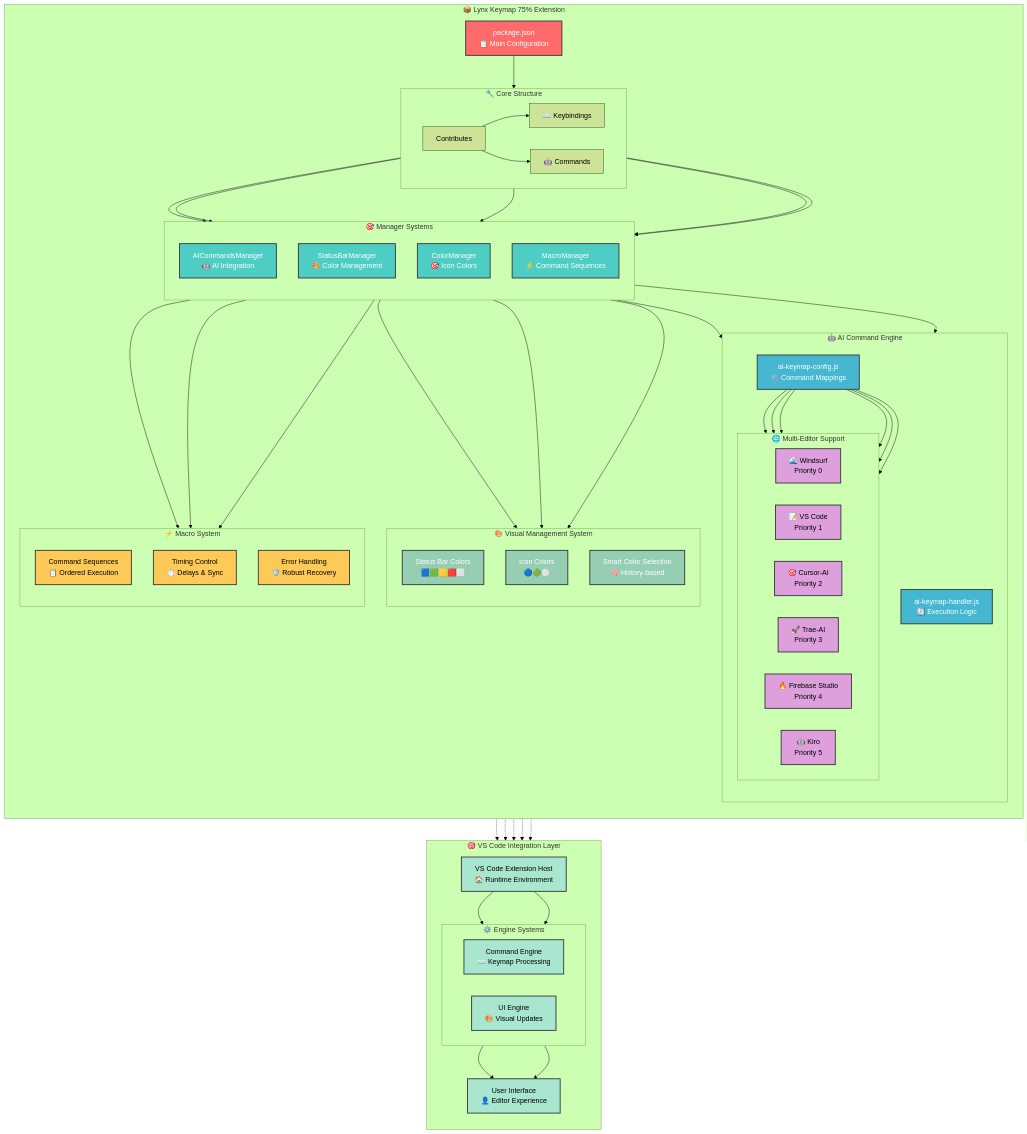
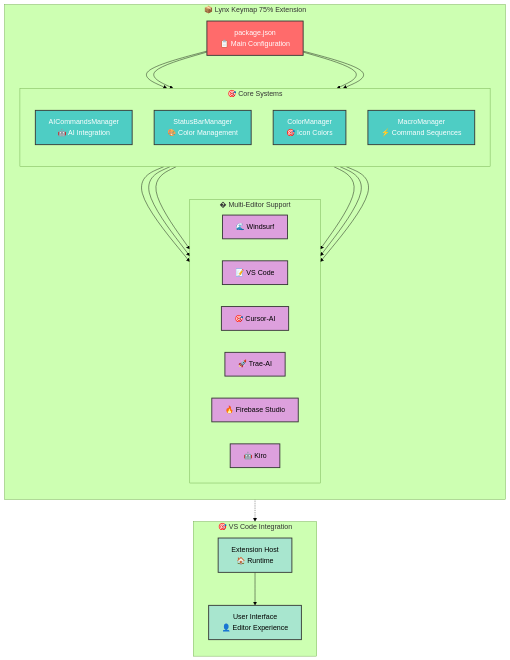
The diagram in ARCHITECTURE.md (bastndev/Lynx-Keymap-75), drawn with Mermaid (forest theme) before and after one commit. The commit also changed other lines of this file, not shown here.

Commit message:
🔧 [Refactor] update ARCHITECTURE.md for improved clarity and consistency

````diff
--- a/ARCHITECTURE.md
+++ b/ARCHITECTURE.md
@@ -38,13 +23,7 @@
         direction TB
         A[package.json<br/>📋 Main Configuration]
 
-        subgraph "🔧 Core Structure"
-            direction LR
-            B[Contributes] --> C[⌨️ Keybindings]
-            B --> D[🤖 Commands]
-        end
-
-        subgraph "🎯 Manager Systems"
+        subgraph "🎯 Core Systems"
             direction TB
             E[AICommandsManager<br/>🤖 AI Integration]
             F[StatusBarManager<br/>🎨 Color Management]
@@ -52,103 +31,45 @@
             H[MacroManager<br/>⚡ Command Sequences]
         end
 
-        subgraph "🤖 AI Command Engine"
-            direction TB
-            I[ai-keymap-config.js<br/>⚙️ Command Mappings]
-            J[ai-keymap-handler.js<br/>🔄 Execution Logic]
-
-            subgraph "🌐 Multi-Editor Support"
-                direction LR
-                K[🌊 Windsurf<br/>Priority 0]
-                L[📝 VS Code<br/>Priority 1]
-                M[🎯 Cursor-AI<br/>Priority 2]
-                N[🚀 Trae-AI<br/>Priority 3]
-                O[🔥 Firebase Studio<br/>Priority 4]
-                P[🤖 Kiro<br/>Priority 5]
-            end
-        end
-
-        subgraph "🎨 Visual Management System"
-            direction TB
-            Q[Status Bar Colors<br/>🟦🟩🟨🟥⬜]
-            R[Icon Colors<br/>🔵🟢⚪]
-            S[Smart Color Selection<br/>🧠 History-based]
-        end
-
-        subgraph "⚡ Macro System"
-            direction TB
-            T[Command Sequences<br/>📋 Ordered Execution]
-            U[Timing Control<br/>⏱️ Delays & Sync]
-            V[Error Handling<br/>🛡️ Robust Recovery]
+        subgraph "� Multi-Editor Support"
+            direction LR
+            K[🌊 Windsurf]
+            L[📝 VS Code]
+            M[🎯 Cursor-AI]
+            N[🚀 Trae-AI]
+            O[🔥 Firebase Studio]
+            P[🤖 Kiro]
         end
     end
 
-    subgraph "🎯 VS Code Integration Layer"
+    subgraph "🎯 VS Code Integration"
         direction TB
-        W[VS Code Extension Host<br/>🏠 Runtime Environment]
-
-        subgraph "⚙️ Engine Systems"
-            direction LR
-            X[Command Engine<br/>⌨️ Keymap Processing]
-            Y[UI Engine<br/>🎨 Visual Updates]
-        end
-
+        W[Extension Host<br/>🏠 Runtime]
         Z[User Interface<br/>👤 Editor Experience]
     end
 
     %% Main connections
-    A --> B
-    C --> E
-    C --> F
-    C --> G
-    C --> H
-    D --> E
-
-    %% AI Engine connections
-    E --> I
-    E --> J
-    I --> K
-    I --> L
-    I --> M
-    I --> N
-    I --> O
-    I --> P
-
-    %% Visual System connections
-    F --> Q
-    F --> S
-    G --> R
-
-    %% Macro System connections
-    H --> T
-    H --> U
-    H --> V
-
-    %% Integration connections
+    A --> E
+    A --> F
+    A --> G
+    A --> H
+    E --> K
+    E --> L
+    E --> M
+    E --> N
+    E --> O
+    E --> P
     A -.-> W
-    E -.-> X
-    F -.-> Y
-    G -.-> Y
-    H -.-> X
-    X --> Z
-    Y --> Z
-    W --> X
-    W --> Y
+    W --> Z
 
     %% Styling
     classDef mainConfig fill:#ff6b6b,stroke:#333,stroke-width:2px,color:#fff
     classDef managers fill:#4ecdc4,stroke:#333,stroke-width:2px,color:#fff
-    classDef aiEngine fill:#45b7d1,stroke:#333,stroke-width:2px,color:#fff
-    classDef visual fill:#96ceb4,stroke:#333,stroke-width:2px,color:#fff
-    classDef macro fill:#feca57,stroke:#333,stroke-width:2px,color:#000
+    classDef editors fill:#dda0dd,stroke:#333,stroke-width:2px,color:#000
     classDef integration fill:#a8e6cf,stroke:#333,stroke-width:2px,color:#000
-    classDef editors fill:#dda0dd,stroke:#333,stroke-width:2px,color:#000
 
     class A mainConfig
     class E,F,G,H managers
-    class I,J aiEngine
-    class Q,R,S visual
-    class T,U,V macro
-    class W,X,Y,Z integration
     class K,L,M,N,O,P editors
+    class W,Z integration
 ```
````
